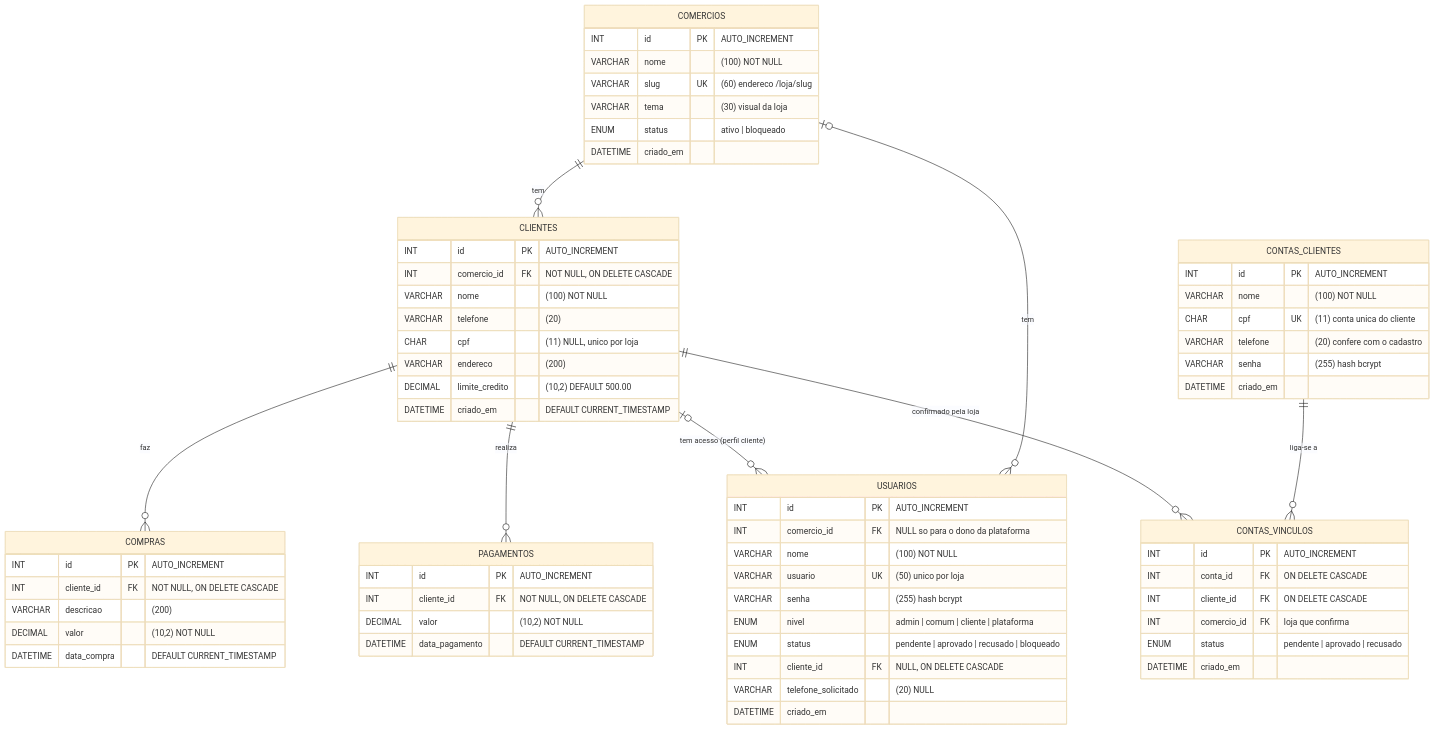
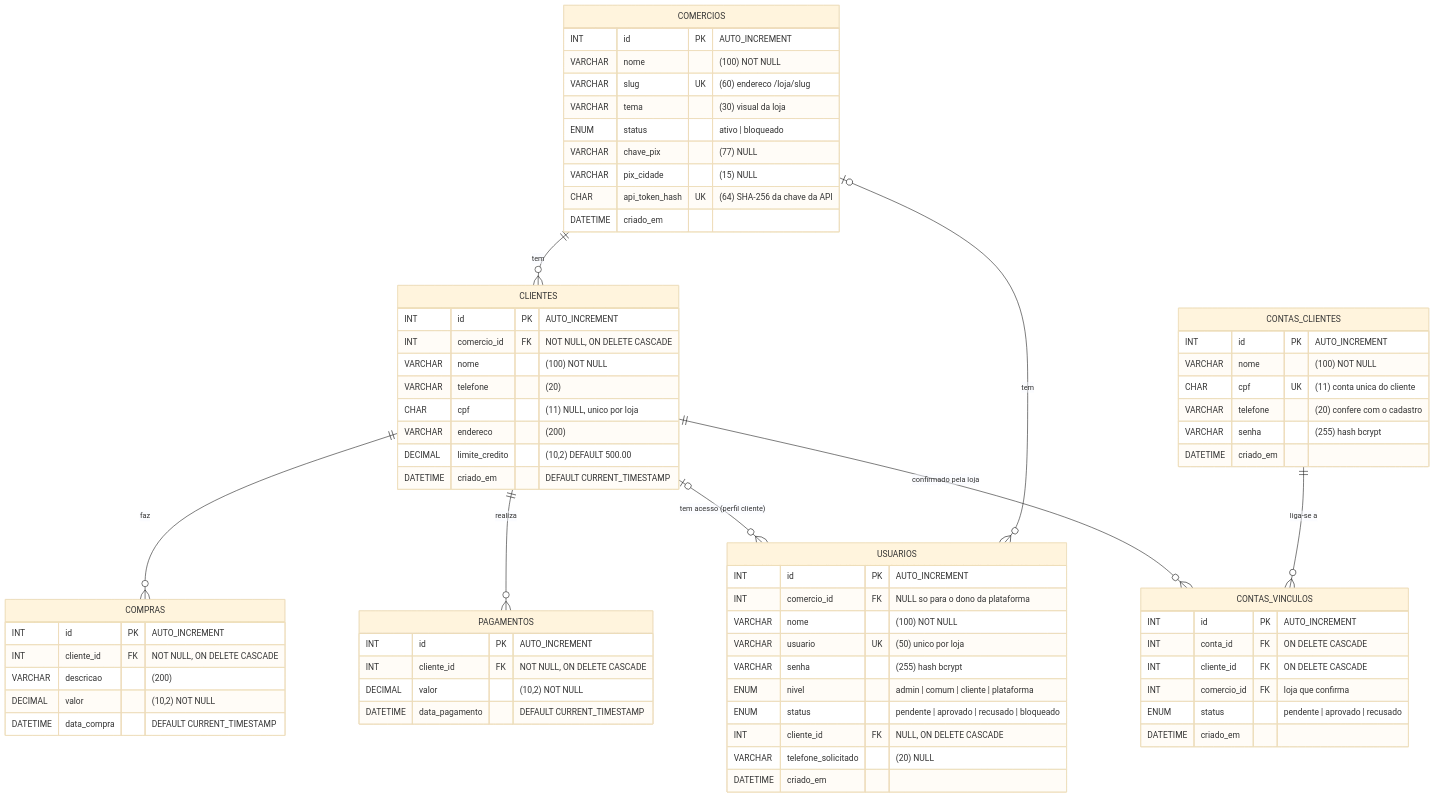
One commit to matheuswilton/Sistema-de-Fiado changed the first of 9 diagrams in docs/DIAGRAMAS.md. Above: the diagram before and after it, drawn with Mermaid (base theme). The commit also changed 1 other file, not shown here.

Commit message:
Diagrama do banco com as colunas do Pix e da API

````diff
--- a/docs/DIAGRAMAS.md
+++ b/docs/DIAGRAMAS.md
@@ -12,70 +12,73 @@
 ```mermaid
 erDiagram
     COMERCIOS ||--o{ CLIENTES : "tem"
     COMERCIOS |o--o{ USUARIOS : "tem"
     CLIENTES ||--o{ COMPRAS : "faz"
     CLIENTES ||--o{ PAGAMENTOS : "realiza"
     CLIENTES |o--o{ USUARIOS : "tem acesso (perfil cliente)"
     CONTAS_CLIENTES ||--o{ CONTAS_VINCULOS : "liga-se a"
     CLIENTES ||--o{ CONTAS_VINCULOS : "confirmado pela loja"
 
     COMERCIOS {
         INT id PK "AUTO_INCREMENT"
         VARCHAR nome "(100) NOT NULL"
         VARCHAR slug UK "(60) endereco /loja/slug"
         VARCHAR tema "(30) visual da loja"
         ENUM status "ativo | bloqueado"
+        VARCHAR chave_pix "(77) NULL"
+        VARCHAR pix_cidade "(15) NULL"
+        CHAR api_token_hash UK "(64) SHA-256 da chave da API"
         DATETIME criado_em
     }
     CLIENTES {
         INT id PK "AUTO_INCREMENT"
         INT comercio_id FK "NOT NULL, ON DELETE CASCADE"
         VARCHAR nome "(100) NOT NULL"
         VARCHAR telefone "(20)"
         CHAR cpf "(11) NULL, unico por loja"
         VARCHAR endereco "(200)"
         DECIMAL limite_credito "(10,2) DEFAULT 500.00"
         DATETIME criado_em "DEFAULT CURRENT_TIMESTAMP"
     }
     USUARIOS {
         INT id PK "AUTO_INCREMENT"
         INT comercio_id FK "NULL so para o dono da plataforma"
         VARCHAR nome "(100) NOT NULL"
         VARCHAR usuario UK "(50) unico por loja"
         VARCHAR senha "(255) hash bcrypt"
         ENUM nivel "admin | comum | cliente | plataforma"
         ENUM status "pendente | aprovado | recusado | bloqueado"
         INT cliente_id FK "NULL, ON DELETE CASCADE"
         VARCHAR telefone_solicitado "(20) NULL"
         DATETIME criado_em
     }
     COMPRAS {
         INT id PK "AUTO_INCREMENT"
         INT cliente_id FK "NOT NULL, ON DELETE CASCADE"
         VARCHAR descricao "(200)"
         DECIMAL valor "(10,2) NOT NULL"
         DATETIME data_compra "DEFAULT CURRENT_TIMESTAMP"
     }
     PAGAMENTOS {
         INT id PK "AUTO_INCREMENT"
         INT cliente_id FK "NOT NULL, ON DELETE CASCADE"
         DECIMAL valor "(10,2) NOT NULL"
         DATETIME data_pagamento "DEFAULT CURRENT_TIMESTAMP"
     }
     CONTAS_CLIENTES {
         INT id PK "AUTO_INCREMENT"
         VARCHAR nome "(100) NOT NULL"
         CHAR cpf UK "(11) conta unica do cliente"
         VARCHAR telefone "(20) confere com o cadastro"
         VARCHAR senha "(255) hash bcrypt"
         DATETIME criado_em
     }
     CONTAS_VINCULOS {
         INT id PK "AUTO_INCREMENT"
         INT conta_id FK "ON DELETE CASCADE"
         INT cliente_id FK "ON DELETE CASCADE"
         INT comercio_id FK "loja que confirma"
         ENUM status "pendente | aprovado | recusado"
         DATETIME criado_em
     }
 ```
````
